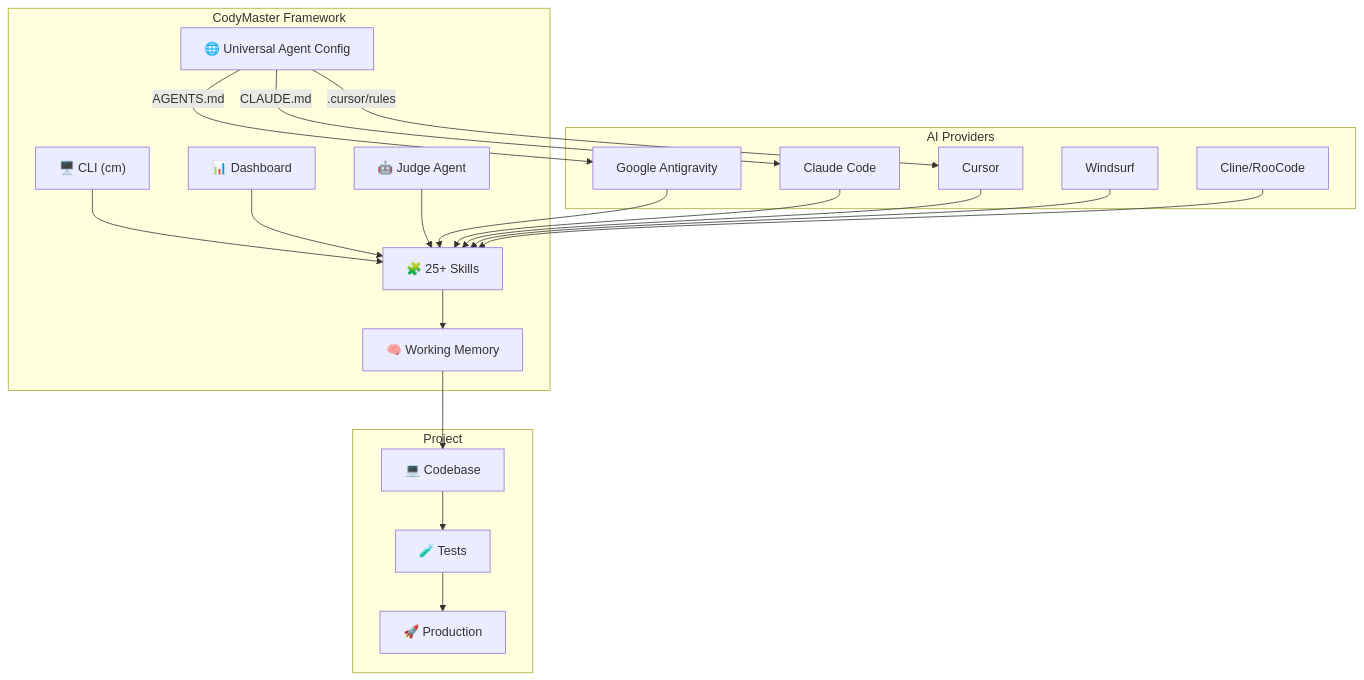
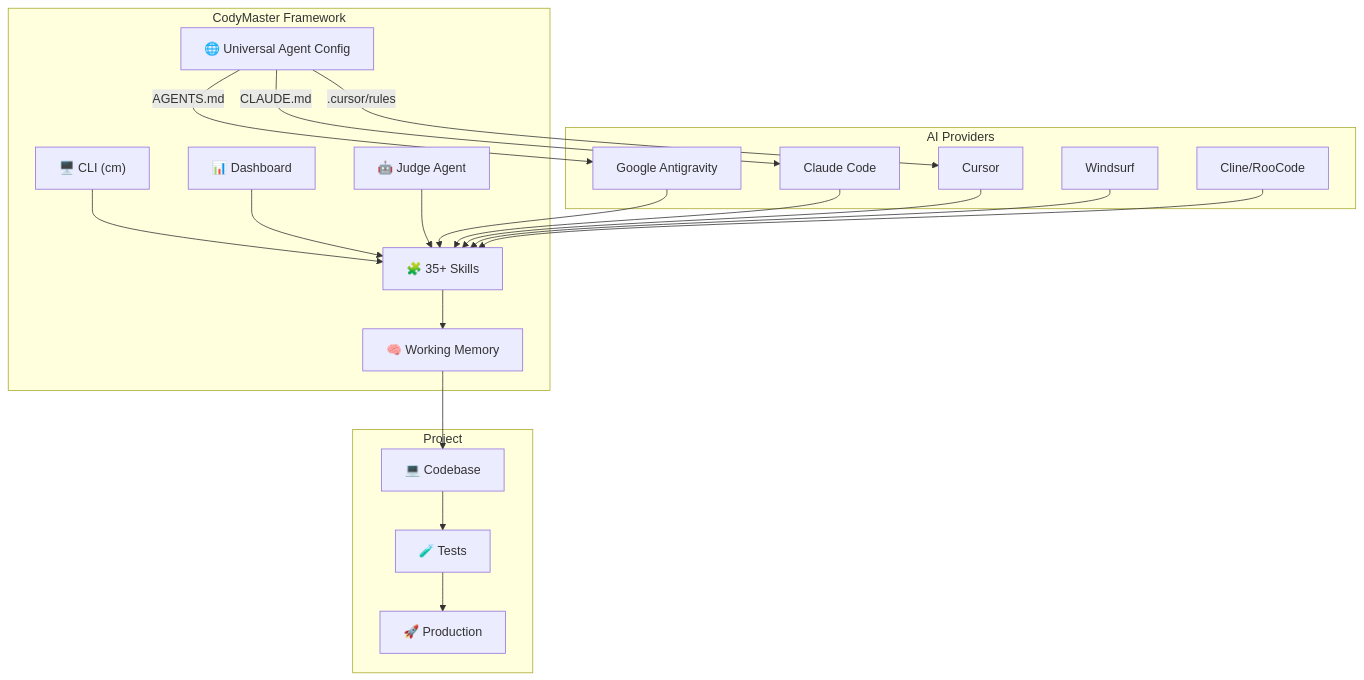
The first of 9 diagrams in docs/how-it-work.md (tody-agent/codymaster), drawn with Mermaid before and after one commit. The commit also changed other lines of this file and 17 other files, not shown here.

````diff
--- a/docs/how-it-work.md
+++ b/docs/how-it-work.md
@@ -9,40 +9,40 @@
 ```mermaid
 graph TB
     subgraph "CodyMaster Framework"
         CLI["🖥️ CLI (cm)"]
         Dashboard["📊 Dashboard"]
-        Skills["🧩 25+ Skills"]
+        Skills["🧩 35+ Skills"]
         Memory["🧠 Working Memory"]
         Judge["🤖 Judge Agent"]
         AgentConfig["🌐 Universal Agent Config"]
     end
 
     subgraph "AI Providers"
         AG["Google Antigravity"]
         CC["Claude Code"]
         CU["Cursor"]
         WS["Windsurf"]
         CL["Cline/RooCode"]
     end
 
     subgraph "Project"
         Code["💻 Codebase"]
         Tests["🧪 Tests"]
         Deploy["🚀 Production"]
     end
 
     CLI --> Skills
     Dashboard --> Skills
     Skills --> Memory
     Judge --> Skills
     Memory --> Code
     AG --> Skills
     CC --> Skills
     CU --> Skills
     WS --> Skills
     CL --> Skills
     Code --> Tests --> Deploy
     AgentConfig -->|"AGENTS.md"| AG
     AgentConfig -->|"CLAUDE.md"| CC
     AgentConfig -->|".cursor/rules"| CU
 ```
````
